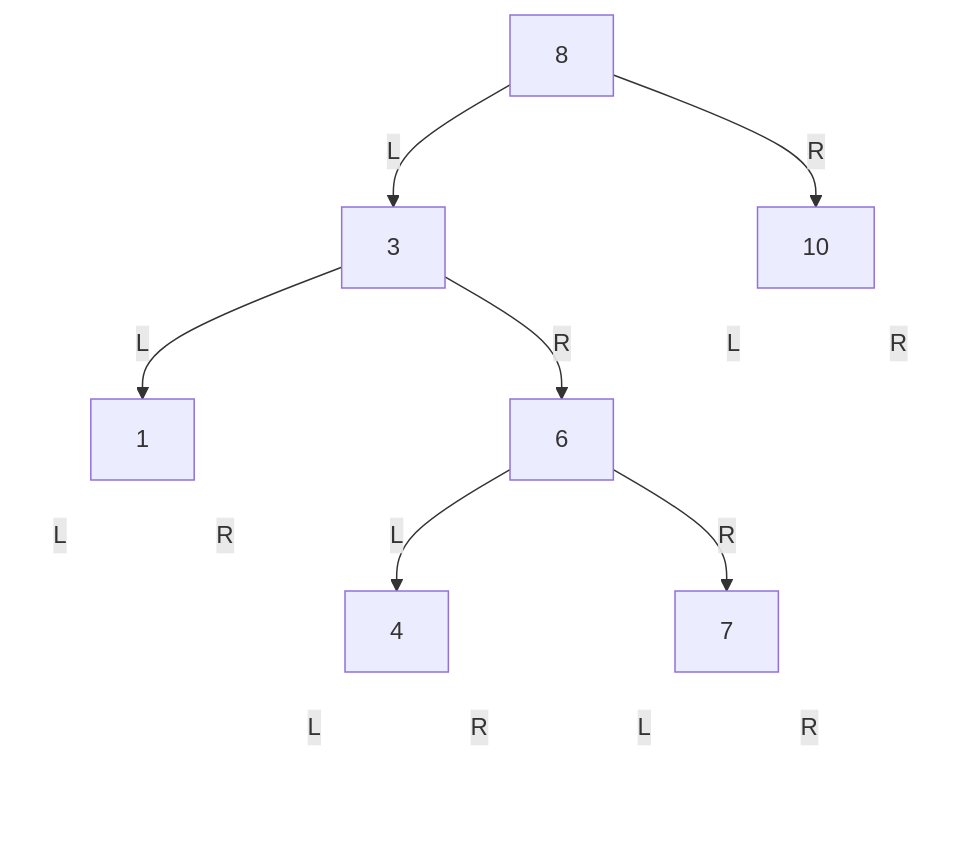
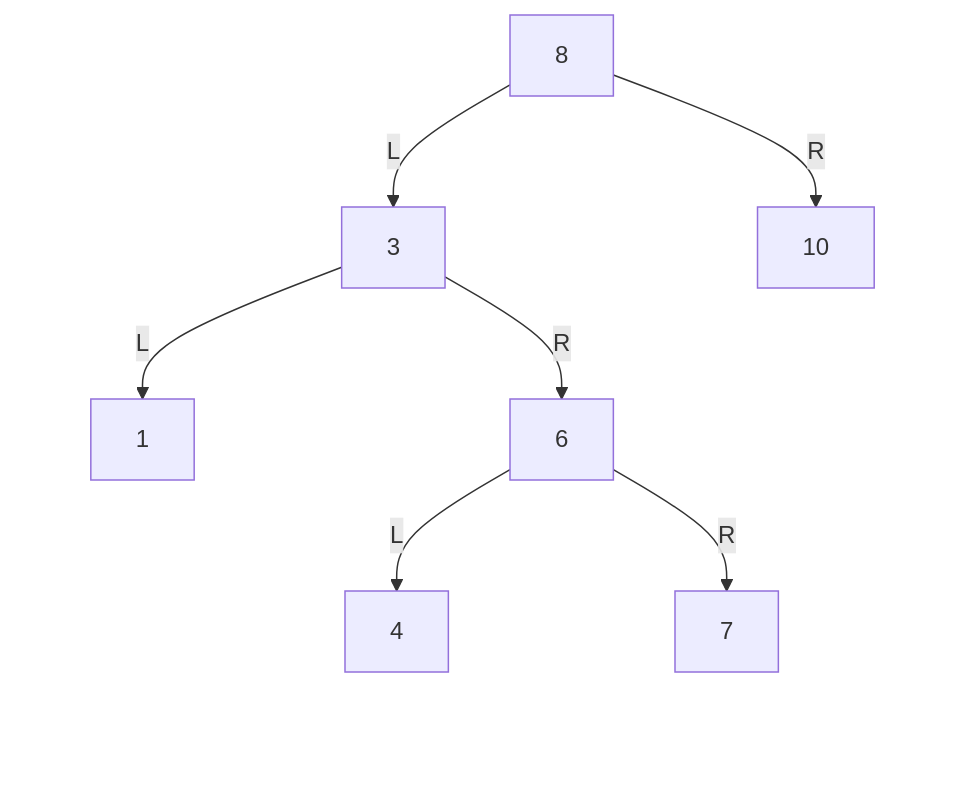
The fifth of 6 diagrams in knowledge/linux/data_structures/红黑树_rb-tree/P03_二叉搜索树_BST.md (FormingSystem/linux_note), drawn with Mermaid before and after one commit. The commit also changed other lines of this file and 3 other files, not shown here.

````diff
--- a/knowledge/linux/data_structures/红黑树_rb-tree/P03_二叉搜索树_BST.md
+++ b/knowledge/linux/data_structures/红黑树_rb-tree/P03_二叉搜索树_BST.md
@@ -399,56 +399,56 @@
 ```mermaid
 graph TD
 		A["8"]
 
 		B["3"]
 		C["10"]
 
 		D["1"]
 		E["6"]
 		C_L[" "]
 		C_R[" "]
 
 		D_L[" "]
 		D_R[" "]
 		F["4"]
 		G["7"]
 
 		F_L[" "]
 		F_R[" "]
 		G_L[" "]
 		G_R[" "]
 
 	A -->|L| B
 	A -->|R| C
 
 	B -->|L| D
 	B -->|R| E
 
-	C -->|L| C_L
-	C -->|R| C_R
+	C --> C_L
+	C --> C_R
 
-	D -->|L| D_L
-	D -->|R| D_R
+	D --> D_L
+	D --> D_R
 
 	E -->|L| F
 	E -->|R| G
 
-	F -->|L| F_L
-	F -->|R| F_R
+	F --> F_L
+	F --> F_R
 
-	G -->|L| G_L
-	G -->|R| G_R
+	G --> G_L
+	G --> G_R
 
 	classDef ghost fill:transparent,stroke:transparent,color:transparent;
 	class C_L,C_R,D_L,D_R,F_L,F_R,G_L,G_R ghost;
 
 
 	linkStyle 4 stroke:transparent;
 	linkStyle 5 stroke:transparent;
 	linkStyle 6 stroke:transparent;
 	linkStyle 7 stroke:transparent;
 	linkStyle 10 stroke:transparent;
 	linkStyle 11 stroke:transparent;
 	linkStyle 12 stroke:transparent;
 	linkStyle 13 stroke:transparent;
 ```
````
